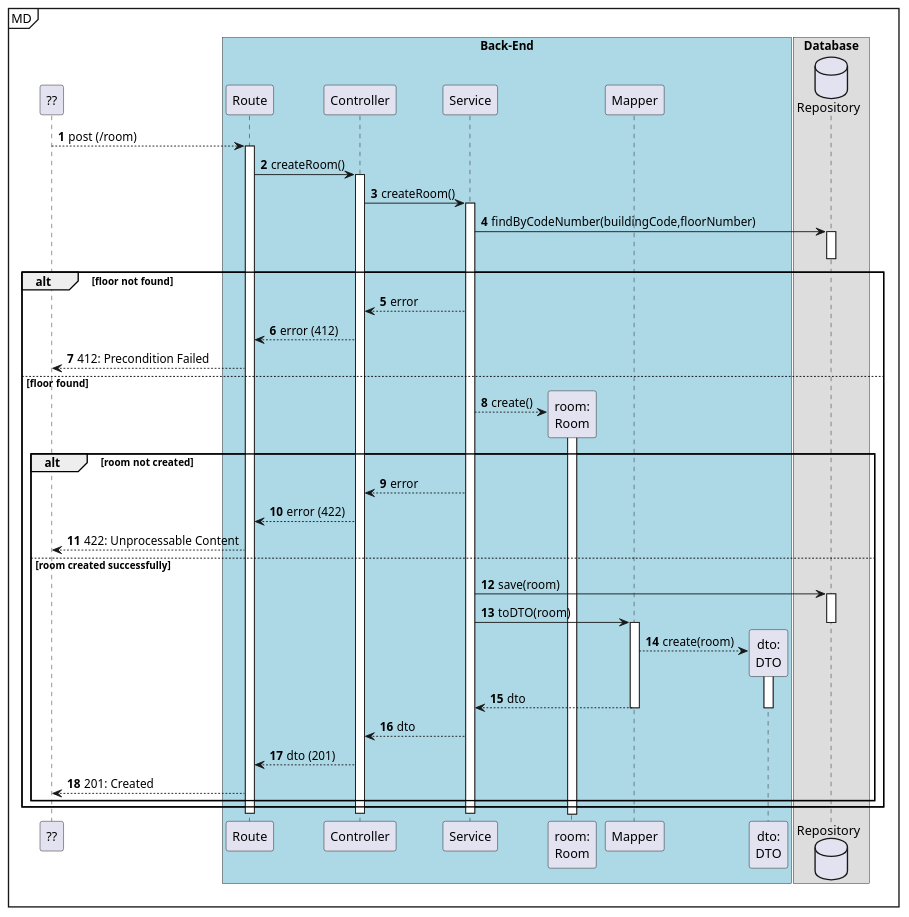
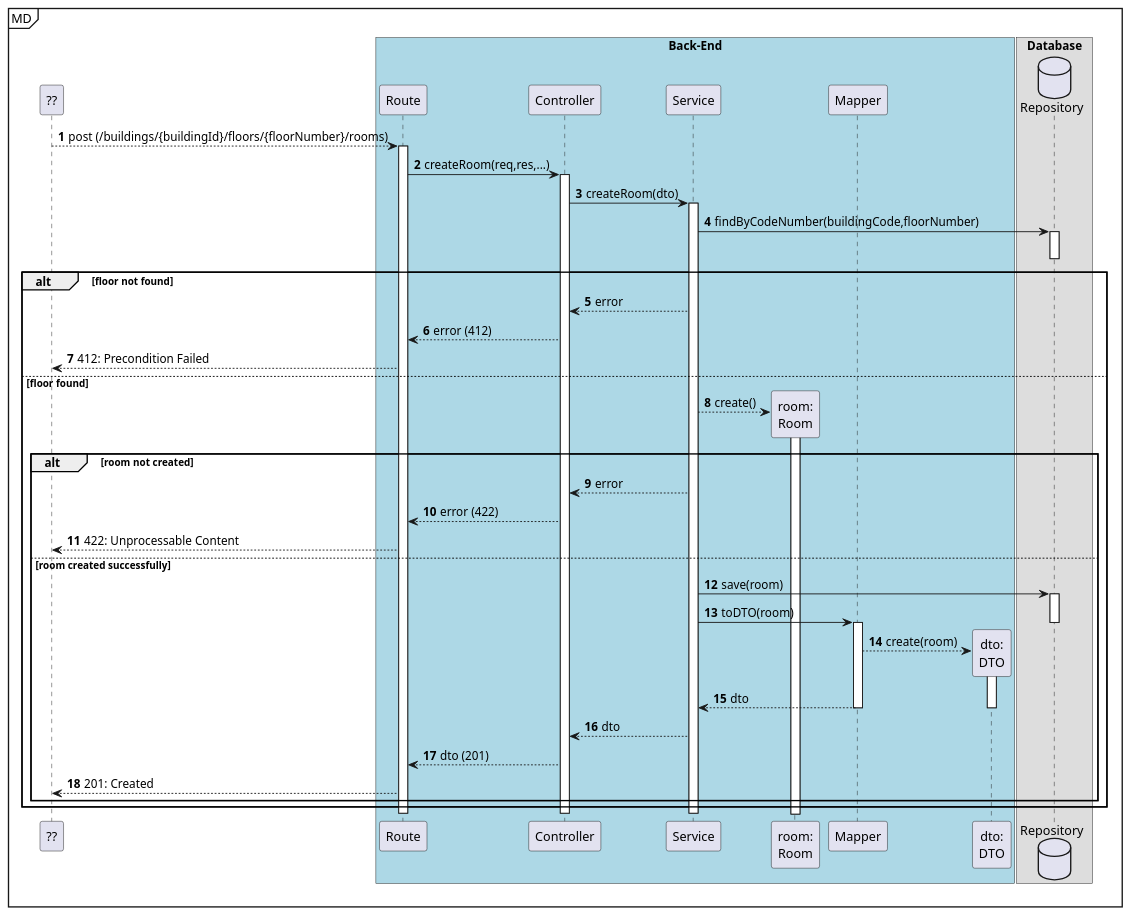
One commit to Departamento-de-Engenharia-Informatica/lapr5-23-24-g19 changed the diagram in docs/us310/level3/process-view.puml. Above: the diagram before and after it, drawn with PlantUML. The commit also changed 21 other files, not shown here.

```diff
--- a/docs/us310/level3/process-view.puml
+++ b/docs/us310/level3/process-view.puml
@@ -1,73 +1,73 @@
 @startuml
 autonumber
 
 participant "??" as ui
 
 mainframe MD
 box "Back-End" #LightBlue
 participant "Route" as r
 participant "Controller" as ctrl
 participant "Service" as svc
 
 participant "room:\nRoom" as room
 participant "Mapper" as map
 participant "dto:\nDTO" as dto
 end box
 
 box "Database"
 database "Repository" as repo
 end box
 
-ui --> r: post (/room)
+ui --> r: post (/buildings/{buildingId}/floors/{floorNumber}/rooms)
     activate r
-        r -> ctrl : createRoom()
+        r -> ctrl : createRoom(req,res,...)
         activate ctrl
-            ctrl -> svc : createRoom()
+            ctrl -> svc : createRoom(dto)
             activate svc
                 svc -> repo : findByCodeNumber(buildingCode,floorNumber)
                 activate repo
                 deactivate repo
 
 
 
 
                     alt floor not found
                         svc --> ctrl : error
                         ctrl --> r : error (412)
                         r --> ui : 412: Precondition Failed
                     else floor found
                         svc --> room** : create()
 
                         activate room
                         deactivate room
 
                         alt room not created
                             svc --> ctrl : error
                             ctrl --> r : error (422)
                             r --> ui : 422: Unprocessable Content
 
                         else room created successfully
                             svc -> repo : save(room)
 
                             activate repo
                                 svc -> map : toDTO(room)
                             deactivate repo
 
                             activate map
                                 map --> dto** : create(room)
                                 activate dto
                                     map --> svc : dto
                                 deactivate dto
                             deactivate map
 
                             svc --> ctrl : dto
                             ctrl --> r : dto (201)
                             r --> ui : 201: Created
 
                     end
                 end
             deactivate svc
         deactivate ctrl
     deactivate r
 
 @enduml
```
